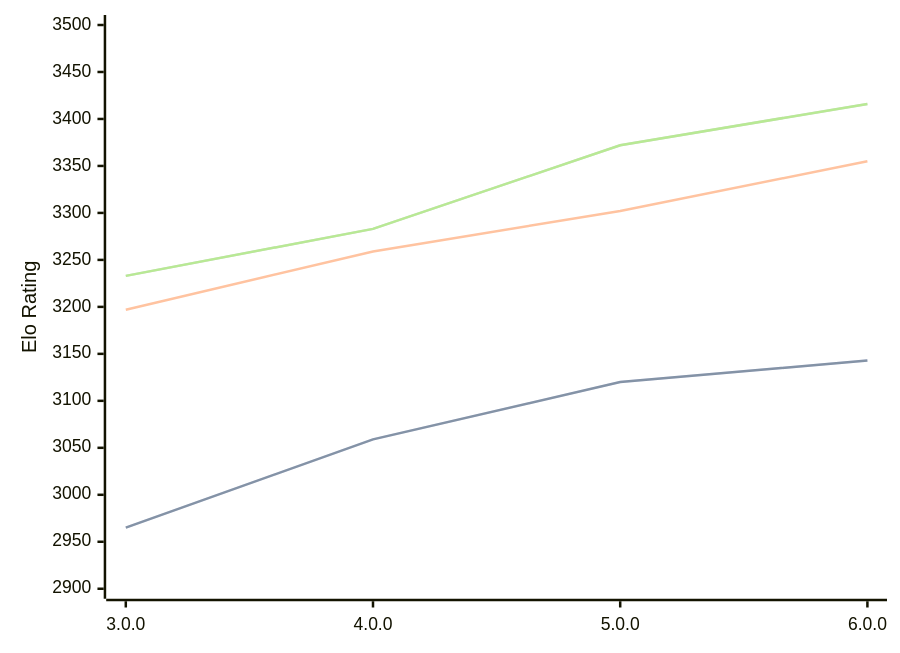
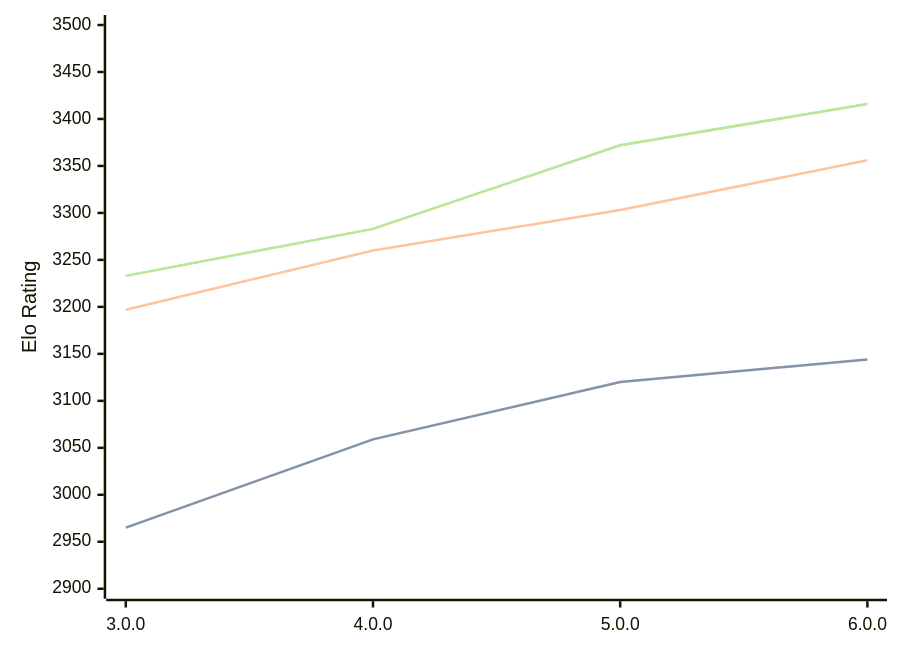
Before and after one commit to computer-chess-index/cci: the diagram in engines/Minke.md, drawn with Mermaid. The commit also changed other lines of this file, not shown here.

````diff
--- a/engines/Minke.md
+++ b/engines/Minke.md
@@ -36,11 +36,11 @@
 ```mermaid
 %%{init: {"theme":"base","themeVariables":{"seriesColors:['#a3a3a3','#222221','#faa371']}}}%%
 xychart-beta
   x-axis ["3.0.0", "4.0.0", "5.0.0", "6.0.0"]
   y-axis "Elo Rating" 2900 --> 3500
-  line "STC (8.0+0.08s)" [2965, 3059, 3120, 3143]
-  line "STC (8.0+0.08s)" [2965, 3059, 3120, 3143]
-  line "LTC (60.0+0.60s)" [3197, 3259, 3302, 3355]
+  line "STC (8.0+0.08s)" [2965, 3059, 3120, 3144]
+  line "STC (8.0+0.08s)" [2965, 3059, 3120, 3144]
+  line "LTC (60.0+0.60s)" [3197, 3260, 3303, 3356]
   line "VLTC (2m24s+1.12s)" [3233, 3283, 3372, 3416]
   line "VLTC (2m24s+1.12s)" [3233, 3283, 3372, 3416]
 ```
````
